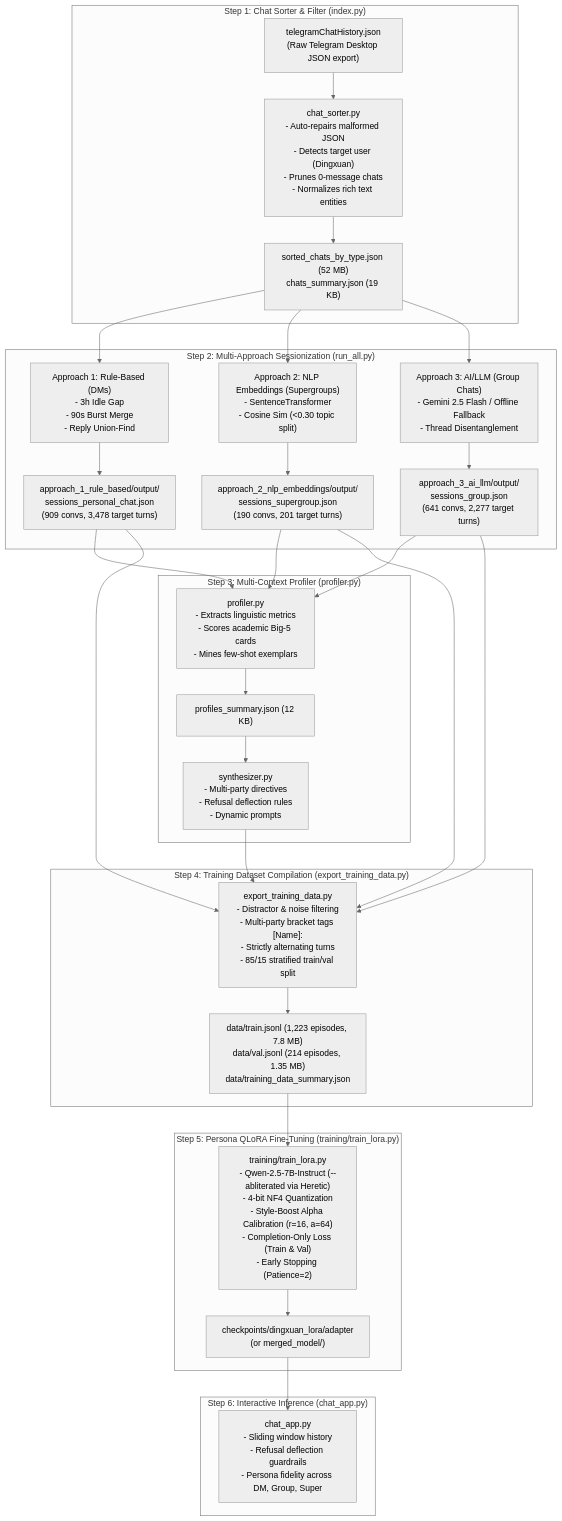
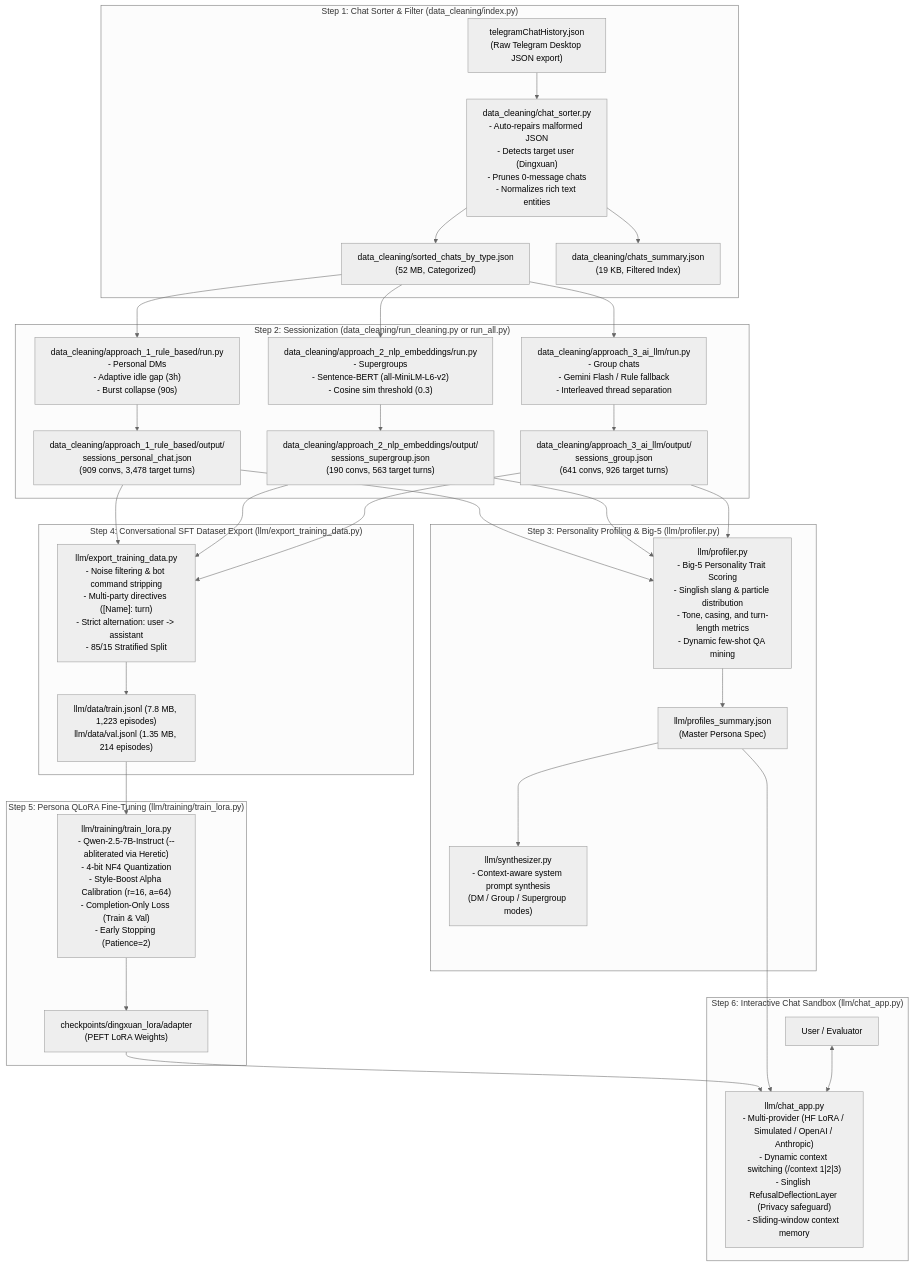
Before and after one commit to LiangDingxuan/AI_Clone: the diagram in FULL_PIPELINE_GUIDE.md, drawn with Mermaid (neutral theme). The commit also changed other lines of this file and 44 other files, not shown here.

````diff
--- a/FULL_PIPELINE_GUIDE.md
+++ b/FULL_PIPELINE_GUIDE.md
@@ -30,44 +30,41 @@
 ```mermaid
 flowchart TD
     Raw["telegramChatHistory.json\n(Raw Telegram Desktop JSON export)"]
 
-    subgraph Step1 ["Step 1: Chat Sorter & Filter (index.py)"]
-        Raw --> Sorter["chat_sorter.py\n- Auto-repairs malformed JSON\n- Detects target user (Dingxuan)\n- Prunes 0-message chats\n- Normalizes rich text entities"]
-        Sorter --> Sorted["sorted_chats_by_type.json (52 MB)\nchats_summary.json (19 KB)"]
+    subgraph Step1 ["Step 1: Chat Sorter & Filter (data_cleaning/index.py)"]
+        Raw --> Sorter["data_cleaning/chat_sorter.py\n- Auto-repairs malformed JSON\n- Detects target user (Dingxuan)\n- Prunes 0-message chats\n- Normalizes rich text entities"]
+        Sorter --> Out1["data_cleaning/sorted_chats_by_type.json\n(52 MB, Categorized)"]
+        Sorter --> Out2["data_cleaning/chats_summary.json\n(19 KB, Filtered Index)"]
     end
 
-    subgraph Step2 ["Step 2: Multi-Approach Sessionization (run_all.py)"]
-        Sorted --> App1["Approach 1: Rule-Based (DMs)\n- 3h Idle Gap\n- 90s Burst Merge\n- Reply Union-Find"]
-        Sorted --> App2["Approach 2: NLP Embeddings (Supergroups)\n- SentenceTransformer\n- Cosine Sim (<0.30 topic split)"]
-        Sorted --> App3["Approach 3: AI/LLM (Group Chats)\n- Gemini 2.5 Flash / Offline Fallback\n- Thread Disentanglement"]
+    subgraph Step2 ["Step 2: Sessionization (data_cleaning/run_cleaning.py or run_all.py)"]
+        Out1 --> App1["data_cleaning/approach_1_rule_based/run.py\n- Personal DMs\n- Adaptive idle gap (3h)\n- Burst collapse (90s)"]
+        Out1 --> App2["data_cleaning/approach_2_nlp_embeddings/run.py\n- Supergroups\n- Sentence-BERT (all-MiniLM-L6-v2)\n- Cosine sim threshold (0.3)"]
+        Out1 --> App3["data_cleaning/approach_3_ai_llm/run.py\n- Group chats\n- Gemini Flash / Rule fallback\n- Interleaved thread separation"]
 
-        App1 --> Sess1["approach_1_rule_based/output/\nsessions_personal_chat.json\n(909 convs, 3,478 target turns)"]
-        App2 --> Sess2["approach_2_nlp_embeddings/output/\nsessions_supergroup.json\n(190 convs, 201 target turns)"]
-        App3 --> Sess3["approach_3_ai_llm/output/\nsessions_group.json\n(641 convs, 2,277 target turns)"]
+        App1 --> Sess1["data_cleaning/approach_1_rule_based/output/\nsessions_personal_chat.json\n(909 convs, 3,478 target turns)"]
+        App2 --> Sess2["data_cleaning/approach_2_nlp_embeddings/output/\nsessions_supergroup.json\n(190 convs, 563 target turns)"]
+        App3 --> Sess3["data_cleaning/approach_3_ai_llm/output/\nsessions_group.json\n(641 convs, 926 target turns)"]
     end
 
-    subgraph Step3 ["Step 3: Multi-Context Profiler (profiler.py)"]
-        Sess1 --> Profiler["profiler.py\n- Extracts linguistic metrics\n- Scores academic Big-5 cards\n- Mines few-shot exemplars"]
-        Sess2 --> Profiler
-        Sess3 --> Profiler
-        Profiler --> ProfSum["profiles_summary.json (12 KB)"]
-        ProfSum --> Synth["synthesizer.py\n- Multi-party directives\n- Refusal deflection rules\n- Dynamic prompts"]
+    subgraph Step3 ["Step 3: Personality Profiling & Big-5 (llm/profiler.py)"]
+        Sess1 & Sess2 & Sess3 --> Profiler["llm/profiler.py\n- Big-5 Personality Trait Scoring\n- Singlish slang & particle distribution\n- Tone, casing, and turn-length metrics\n- Dynamic few-shot QA mining"]
+        Profiler --> ProfileJSON["llm/profiles_summary.json\n(Master Persona Spec)"]
+        ProfileJSON --> Synthesizer["llm/synthesizer.py\n- Context-aware system prompt synthesis\n(DM / Group / Supergroup modes)"]
     end
 
-    subgraph Step4 ["Step 4: Training Dataset Compilation (export_training_data.py)"]
-        Sess1 --> Exporter["export_training_data.py\n- Distractor & noise filtering\n- Multi-party bracket tags [Name]:\n- Strictly alternating turns\n- 85/15 stratified train/val split"]
-        Sess2 --> Exporter
-        Sess3 --> Exporter
-        Synth --> Exporter
-        Exporter --> TrainData["data/train.jsonl (1,223 episodes, 7.8 MB)\ndata/val.jsonl (214 episodes, 1.35 MB)\ndata/training_data_summary.json"]
+    subgraph Step4 ["Step 4: Conversational SFT Dataset Export (llm/export_training_data.py)"]
+        Sess1 & Sess2 & Sess3 --> Exporter["llm/export_training_data.py\n- Noise filtering & bot command stripping\n- Multi-party directives ([Name]: turn)\n- Strict alternation: user -> assistant\n- 85/15 Stratified Split"]
+        Exporter --> TrainData["llm/data/train.jsonl (7.8 MB, 1,223 episodes)\nllm/data/val.jsonl (1.35 MB, 214 episodes)"]
     end
 
-    subgraph Step5 ["Step 5: Persona QLoRA Fine-Tuning (training/train_lora.py)"]
-        TrainData --> Trainer["training/train_lora.py\n- Qwen-2.5-7B-Instruct (--abliterated via Heretic)\n- 4-bit NF4 Quantization\n- Style-Boost Alpha Calibration (r=16, a=64)\n- Completion-Only Loss (Train & Val)\n- Early Stopping (Patience=2)"]
-        Trainer --> Adapter["checkpoints/dingxuan_lora/adapter\n(or merged_model/)"]
+    subgraph Step5 ["Step 5: Persona QLoRA Fine-Tuning (llm/training/train_lora.py)"]
+        TrainData --> Trainer["llm/training/train_lora.py\n- Qwen-2.5-7B-Instruct (--abliterated via Heretic)\n- 4-bit NF4 Quantization\n- Style-Boost Alpha Calibration (r=16, a=64)\n- Completion-Only Loss (Train & Val)\n- Early Stopping (Patience=2)"]
+        Trainer --> Adapter["checkpoints/dingxuan_lora/adapter\n(PEFT LoRA Weights)"]
     end
 
-    subgraph Step6 ["Step 6: Interactive Inference (chat_app.py)"]
-        Adapter --> ChatApp["chat_app.py\n- Sliding window history\n- Refusal deflection guardrails\n- Persona fidelity across DM, Group, Super"]
+    subgraph Step6 ["Step 6: Interactive Chat Sandbox (llm/chat_app.py)"]
+        Adapter & ProfileJSON --> ChatApp["llm/chat_app.py\n- Multi-provider (HF LoRA / Simulated / OpenAI / Anthropic)\n- Dynamic context switching (/context 1|2|3)\n- Singlish RefusalDeflectionLayer (Privacy safeguard)\n- Sliding-window context memory"]
+        User["User / Evaluator"] <--> ChatApp
     end
 ```
````
